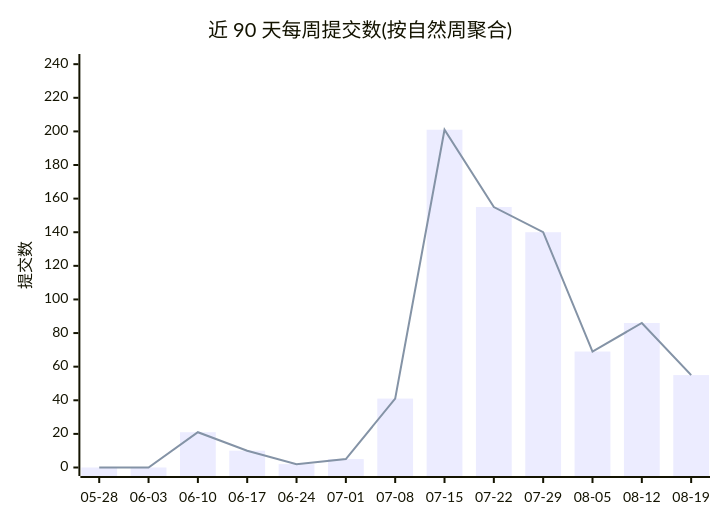
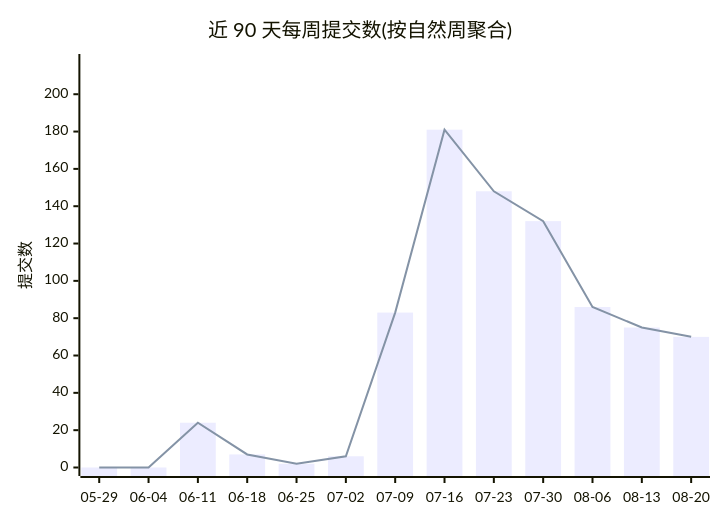
Before and after one commit to Conflux-Union/.github: the first of 2 diagrams in profile/README.md, drawn with Mermaid. The commit also changed other lines of this file and 1 other file, not shown here.

````diff
--- a/profile/README.md
+++ b/profile/README.md
@@ -44,8 +44,8 @@
 ```mermaid
 xychart-beta
     title "近 90 天每周提交数(按自然周聚合)"
-    x-axis ["05-28", "06-03", "06-10", "06-17", "06-24", "07-01", "07-08", "07-15", "07-22", "07-29", "08-05", "08-12", "08-19"]
-    y-axis "提交数" 0 --> 241
-    bar [0, 0, 21, 10, 2, 5, 41, 201, 155, 140, 69, 86, 55]
-    line [0, 0, 21, 10, 2, 5, 41, 201, 155, 140, 69, 86, 55]
+    x-axis ["05-29", "06-04", "06-11", "06-18", "06-25", "07-02", "07-09", "07-16", "07-23", "07-30", "08-06", "08-13", "08-20"]
+    y-axis "提交数" 0 --> 217
+    bar [0, 0, 24, 7, 2, 6, 83, 181, 148, 132, 86, 75, 70]
+    line [0, 0, 24, 7, 2, 6, 83, 181, 148, 132, 86, 75, 70]
 ```
````
